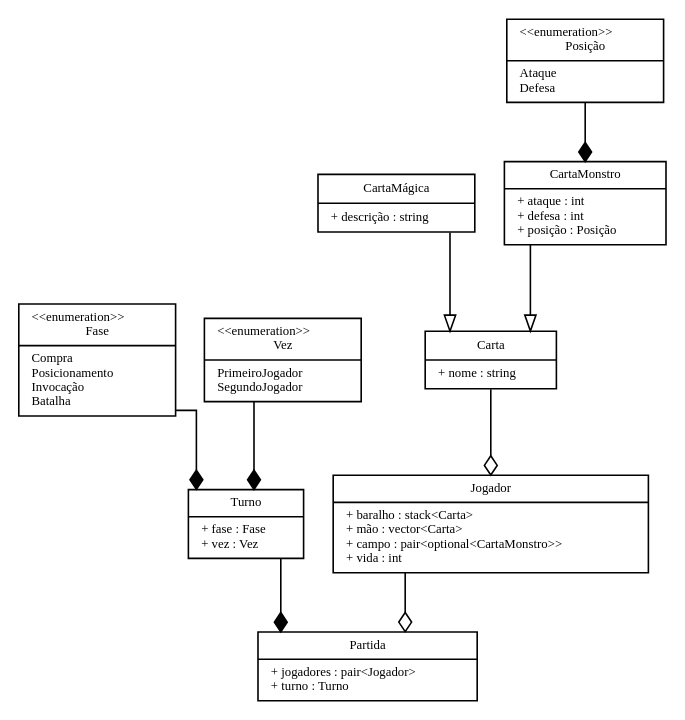
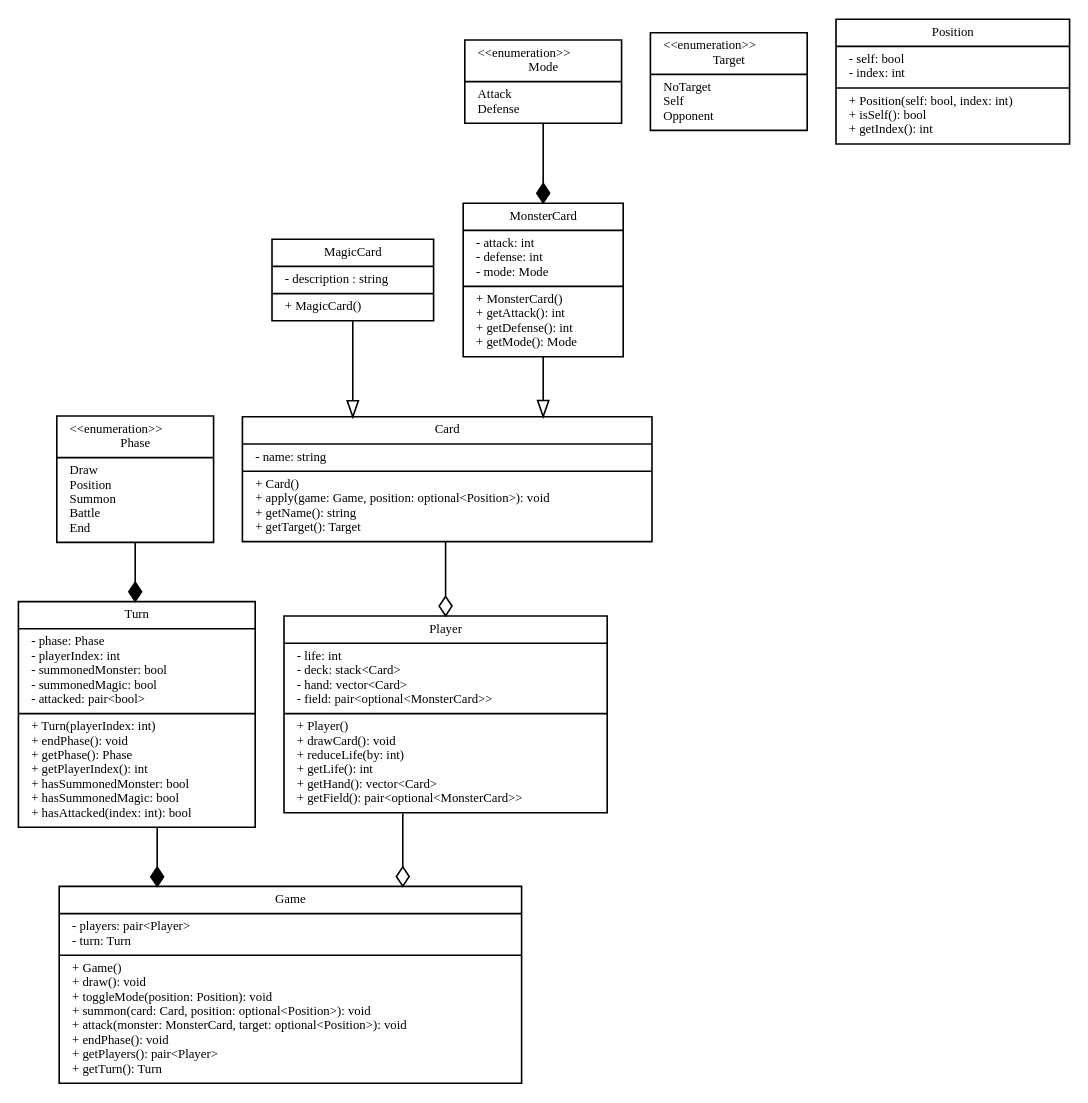
Before and after one commit to pds2/20191-team-5: the diagram in Documentação/classDiagram.dot, drawn with Graphviz. The commit also changed 1 other file, not shown here.

```diff
--- a/Documentação/classDiagram.dot
+++ b/Documentação/classDiagram.dot
@@ -1,115 +1,167 @@
 digraph ClassDiagram {
 	fontname = "Bitstream Vera Sans"
   fontsize = 8
   splines = "ortho"
 
   node [
     fontname = "Bitstream Vera Sans"
     fontsize = 8
     shape = "record"
   ]
 
   edge [
     fontname = "Bitstream Vera Sans"
     fontsize = 8
   ]
 
 	// Classes  
-  Partida [
-  	label = "{ Partida
+  Game [
+  	label = "{ Game
       |
-      + jogadores : pair\<Jogador\> \l
-      + turno : Turno \l
+      - players: pair\<Player\> \l
+      - turn: Turn \l
+      |
+      + Game() \l
+      + draw(): void \l
+      + toggleMode(position: Position): void \l
+      + summon(card: Card, position: optional\<Position\>): void \l
+      + attack(monster: MonsterCard, target: optional\<Position\>): void \l
+      + endPhase(): void \l
+      + getPlayers(): pair\<Player\> \l
+      + getTurn(): Turn \l
     }"
   ]
   
-  Turno [
-    label = "{ Turno
+  Turn [
+    label = "{ Turn
       |
-      + fase : Fase \l
-      + vez : Vez \l
+      - phase: Phase \l
+      - playerIndex: int \l
+      - summonedMonster: bool \l
+      - summonedMagic: bool \l
+      - attacked: pair\<bool\> \l
+      |
+      + Turn(playerIndex: int) \l
+      + endPhase(): void \l
+      + getPhase(): Phase \l
+      + getPlayerIndex(): int \l
+      + hasSummonedMonster: bool \l
+      + hasSummonedMagic: bool \l
+      + hasAttacked(index: int): bool \l
     }"
   ]
   
-  Fase [
-    label = "{ \<\<enumeration\>\> \l Fase
+  Phase [
+    label = "{ \<\<enumeration\>\> \l Phase
       |
-      Compra \l
-      Posicionamento \l
-      Invocação \l
-      Batalha \l
+      Draw \l
+      Position \l
+      Summon \l
+      Battle \l
+      End \l
+    }"
+  ]
+
+  Player [
+  	label = "{ Player
+      |
+      - life: int \l
+      - deck: stack\<Card\> \l
+      - hand: vector\<Card\> \l
+      - field: pair\<optional\<MonsterCard\>\> \l
+      |
+      + Player() \l
+      + drawCard(): void \l
+      + reduceLife(by: int) \l
+      + getLife(): int \l
+      + getHand(): vector\<Card\> \l
+      + getField(): pair\<optional\<MonsterCard\>\> \l
     }"
   ]
   
-  Vez [
-    label = "{ \<\<enumeration\>\> \l Vez
+  Card [
+    label = "{ Card
       |
-      PrimeiroJogador \l
-      SegundoJogador \l
+      - name: string \l
+      |
+      + Card() \l
+      + apply(game: Game, position: optional\<Position\>): void \l
+      + getName(): string \l
+      + getTarget(): Target \l
     }"
   ]
 
-  Jogador [
-  	label = "{ Jogador
+  Target [
+    label = "{ \<\<enumeration\>\> \l Target
       |
-      + baralho : stack\<Carta\> \l
-      + mão : vector\<Carta\> \l
-      + campo : pair\<optional\<CartaMonstro\>\> \l
-      + vida : int \l
+      NoTarget \l
+      Self \l
+      Opponent \l
     }"
   ]
   
-  Carta [
-    label = "{ Carta
+  MagicCard [
+    label = "{ MagicCard
       |
-      + nome : string \l
+      - description : string \l
+      |
+      + MagicCard() \l
     }"
   ]
   
-  CartaMágica [
-    label = "{ CartaMágica
+  MonsterCard [
+    label = "{ MonsterCard
       |
-      + descrição : string \l
+      - attack: int \l
+      - defense: int \l
+      - mode: Mode \l
+      |
+      + MonsterCard() \l
+      + getAttack(): int \l
+      + getDefense(): int \l
+      + getMode(): Mode \l
     }"
   ]
   
-  CartaMonstro [
-    label = "{ CartaMonstro
+  Mode [
+    label = "{ \<\<enumeration\>\> \l Mode
       |
-      + ataque : int \l
-      + defesa : int \l
-      + posição : Posição \l
+      Attack \l
+      Defense \l
     }"
   ]
-  
-  Posição [
-    label = "{ \<\<enumeration\>\> \l Posição
+
+  Position [
+    label = "{ Position
       |
-      Ataque \l
-      Defesa \l
+      - self: bool \l
+      - index: int \l
+      |
+      + Position(self: bool, index: int) \l
+      + isSelf(): bool \l
+      + getIndex(): int \l
     }"
   ]
 
 	// Heranças
   edge [
     arrowhead = "empty"
   ]
   
-  CartaMágica -> Carta
-  CartaMonstro -> Carta
+  MagicCard -> Card
+  MonsterCard -> Card
   
   // Composições
   edge [
     arrowhead = "diamond"
   ]
-  Vez -> Turno
-  Fase -> Turno
-  Turno -> Partida
-  Posição -> CartaMonstro
+  Phase -> Turn
+  Turn -> Game
+  Mode -> MonsterCard
   
   edge [
     arrowhead = "odiamond"
   ]
-  Carta -> Jogador
-  Jogador -> Partida
+  Card -> Player
+  Player -> Game
 }
```
